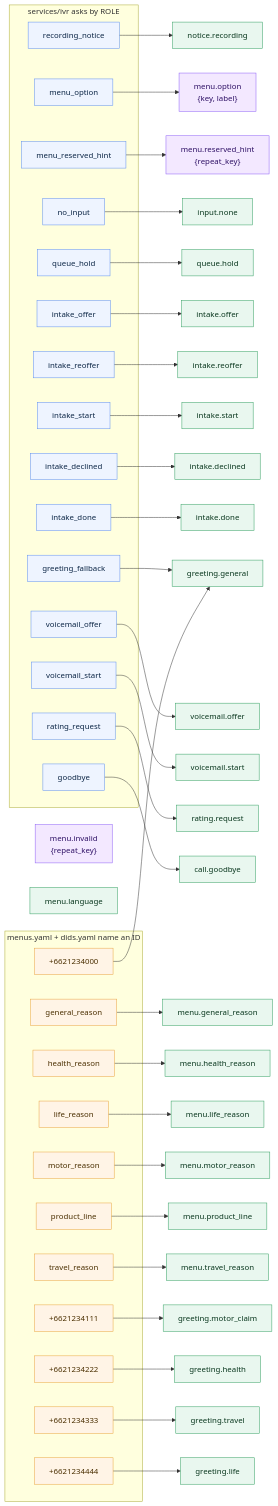
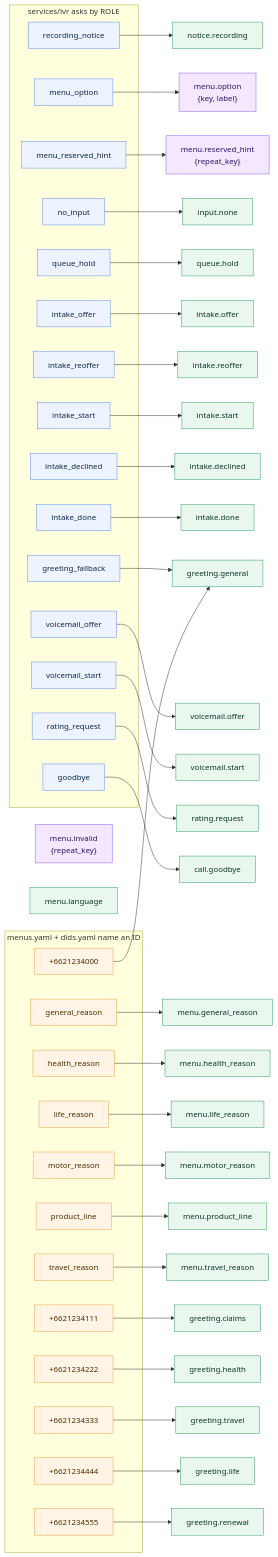
Before and after one commit to anakom-suvonvorn/Krungsri-ReadyCall: the diagram in docs/diagrams/src/voice_prompts.mmd, drawn with Mermaid. The commit also changed 78 other files, not shown here.

```diff
--- a/docs/diagrams/src/voice_prompts.mmd
+++ b/docs/diagrams/src/voice_prompts.mmd
@@ -1,94 +1,97 @@
 %% GENERATED by scripts/gen_diagrams.py - do not edit by hand.
 %% Source of truth: config/voice_prompts.yaml + config/menus.yaml + config/dids.yaml
 flowchart LR
     subgraph flow["services/ivr asks by ROLE"]
         role_greeting_fallback["greeting_fallback"]:::role
         role_recording_notice["recording_notice"]:::role
         role_menu_option["menu_option"]:::role
         role_menu_reserved_hint["menu_reserved_hint"]:::role
         role_no_input["no_input"]:::role
         role_queue_hold["queue_hold"]:::role
         role_intake_offer["intake_offer"]:::role
         role_intake_reoffer["intake_reoffer"]:::role
         role_intake_start["intake_start"]:::role
         role_intake_declined["intake_declined"]:::role
         role_intake_done["intake_done"]:::role
         role_voicemail_offer["voicemail_offer"]:::role
         role_voicemail_start["voicemail_start"]:::role
         role_rating_request["rating_request"]:::role
         role_goodbye["goodbye"]:::role
     end
     subgraph cfg["menus.yaml + dids.yaml name an ID"]
         menu_general_reason["general_reason"]:::cfg
         menu_health_reason["health_reason"]:::cfg
         menu_life_reason["life_reason"]:::cfg
         menu_motor_reason["motor_reason"]:::cfg
         menu_product_line["product_line"]:::cfg
         menu_travel_reason["travel_reason"]:::cfg
         did_p6621234000["+6621234000"]:::cfg
         did_p6621234111["+6621234111"]:::cfg
         did_p6621234222["+6621234222"]:::cfg
         did_p6621234333["+6621234333"]:::cfg
         did_p6621234444["+6621234444"]:::cfg
+        did_p6621234555["+6621234555"]:::cfg
     end
     p_call_goodbye["call.goodbye"]:::static
+    p_greeting_claims["greeting.claims"]:::static
     p_greeting_general["greeting.general"]:::static
     p_greeting_health["greeting.health"]:::static
     p_greeting_life["greeting.life"]:::static
-    p_greeting_motor_claim["greeting.motor_claim"]:::static
+    p_greeting_renewal["greeting.renewal"]:::static
     p_greeting_travel["greeting.travel"]:::static
     p_input_none["input.none"]:::static
     p_intake_declined["intake.declined"]:::static
     p_intake_done["intake.done"]:::static
     p_intake_offer["intake.offer"]:::static
     p_intake_reoffer["intake.reoffer"]:::static
     p_intake_start["intake.start"]:::static
     p_menu_general_reason["menu.general_reason"]:::static
     p_menu_health_reason["menu.health_reason"]:::static
     p_menu_invalid["menu.invalid
 {repeat_key}"]:::dyn
     p_menu_language["menu.language"]:::static
     p_menu_life_reason["menu.life_reason"]:::static
     p_menu_motor_reason["menu.motor_reason"]:::static
     p_menu_option["menu.option
 {key, label}"]:::dyn
     p_menu_product_line["menu.product_line"]:::static
     p_menu_reserved_hint["menu.reserved_hint
 {repeat_key}"]:::dyn
     p_menu_travel_reason["menu.travel_reason"]:::static
     p_notice_recording["notice.recording"]:::static
     p_queue_hold["queue.hold"]:::static
     p_rating_request["rating.request"]:::static
     p_voicemail_offer["voicemail.offer"]:::static
     p_voicemail_start["voicemail.start"]:::static
     role_goodbye --> p_call_goodbye
     role_greeting_fallback --> p_greeting_general
     role_intake_declined --> p_intake_declined
     role_intake_done --> p_intake_done
     role_intake_offer --> p_intake_offer
     role_intake_reoffer --> p_intake_reoffer
     role_intake_start --> p_intake_start
     role_menu_option --> p_menu_option
     role_menu_reserved_hint --> p_menu_reserved_hint
     role_no_input --> p_input_none
     role_queue_hold --> p_queue_hold
     role_rating_request --> p_rating_request
     role_recording_notice --> p_notice_recording
     role_voicemail_offer --> p_voicemail_offer
     role_voicemail_start --> p_voicemail_start
     menu_general_reason --> p_menu_general_reason
     menu_health_reason --> p_menu_health_reason
     menu_life_reason --> p_menu_life_reason
     menu_motor_reason --> p_menu_motor_reason
     menu_product_line --> p_menu_product_line
     menu_travel_reason --> p_menu_travel_reason
     did_p6621234000 --> p_greeting_general
-    did_p6621234111 --> p_greeting_motor_claim
+    did_p6621234111 --> p_greeting_claims
     did_p6621234222 --> p_greeting_health
     did_p6621234333 --> p_greeting_travel
     did_p6621234444 --> p_greeting_life
+    did_p6621234555 --> p_greeting_renewal
     classDef role fill:#eef4ff,stroke:#5b8def,color:#0b2545
     classDef cfg fill:#fff4e6,stroke:#e8a33d,color:#4a2f00
     classDef static fill:#e9f7ef,stroke:#2f9e5f,color:#08361d
     classDef dyn fill:#f3e8ff,stroke:#8b5cf6,color:#2e1065
     classDef orphan fill:#ffe4e6,stroke:#e11d48,color:#4c0519
```
